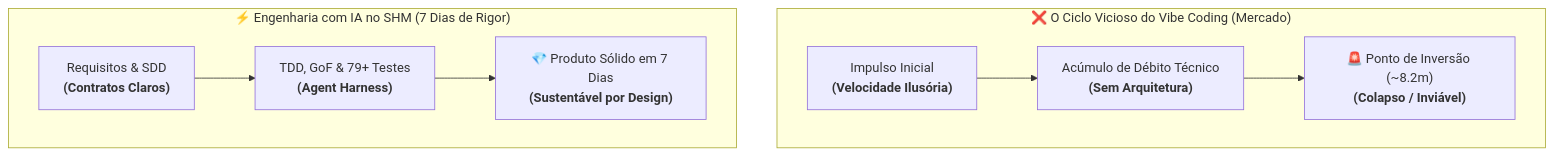
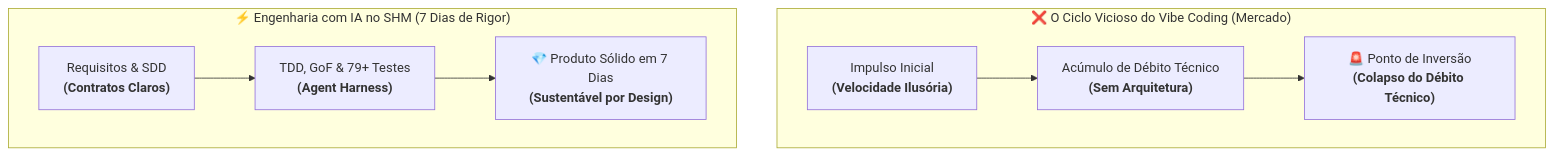
Before and after one commit to andresouza72br-sketch/SHM---Support-Hours-Manage: the first of 3 diagrams in README.md, drawn with Mermaid. The commit also changed other lines of this file and 2 other files, not shown here.

````diff
--- a/README.md
+++ b/README.md
@@ -46,12 +46,12 @@
 ```mermaid
 flowchart TD
     subgraph Vibe["❌ O Ciclo Vicioso do Vibe Coding (Mercado)"]
         direction LR
-        V1["Impulso Inicial<br><b>(Velocidade Ilusória)</b>"] --> V2["Acúmulo de Débito Técnico<br><b>(Sem Arquitetura)</b>"] --> V3["🚨 Ponto de Inversão (~8.2m)<br><b>(Colapso / Inviável)</b>"]
+        V1["Impulso Inicial<br><b>(Velocidade Ilusória)</b>"] --> V2["Acúmulo de Débito Técnico<br><b>(Sem Arquitetura)</b>"] --> V3["🚨 Ponto de Inversão<br><b>(Colapso do Débito Técnico)</b>"]
     end
     
     subgraph SHM["⚡ Engenharia com IA no SHM (7 Dias de Rigor)"]
         direction LR
         S1["Requisitos & SDD<br><b>(Contratos Claros)</b>"] --> S2["TDD, GoF & 79+ Testes<br><b>(Agent Harness)</b>"] --> S3["💎 Produto Sólido em 7 Dias<br><b>(Sustentável por Design)</b>"]
     end
 ```
````
